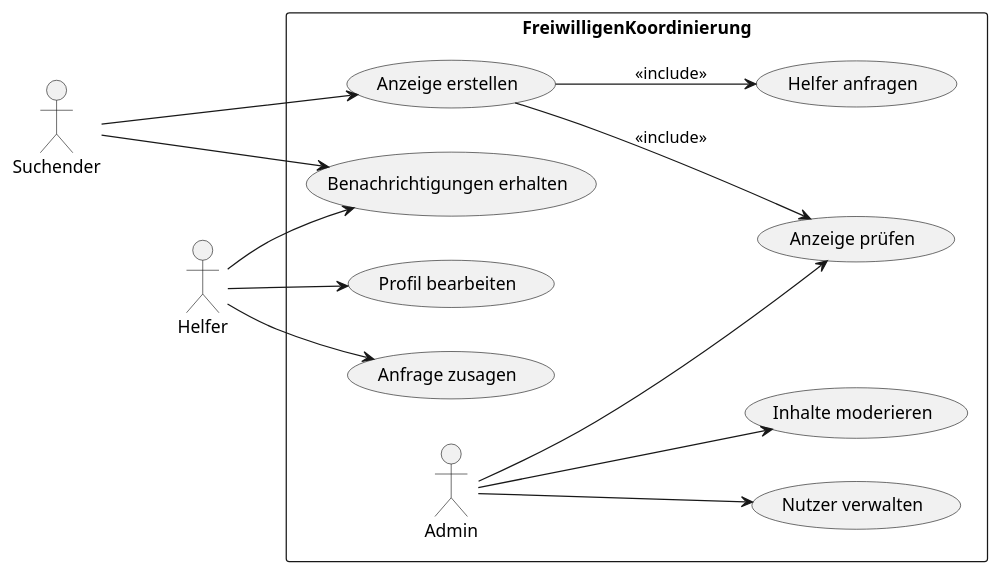
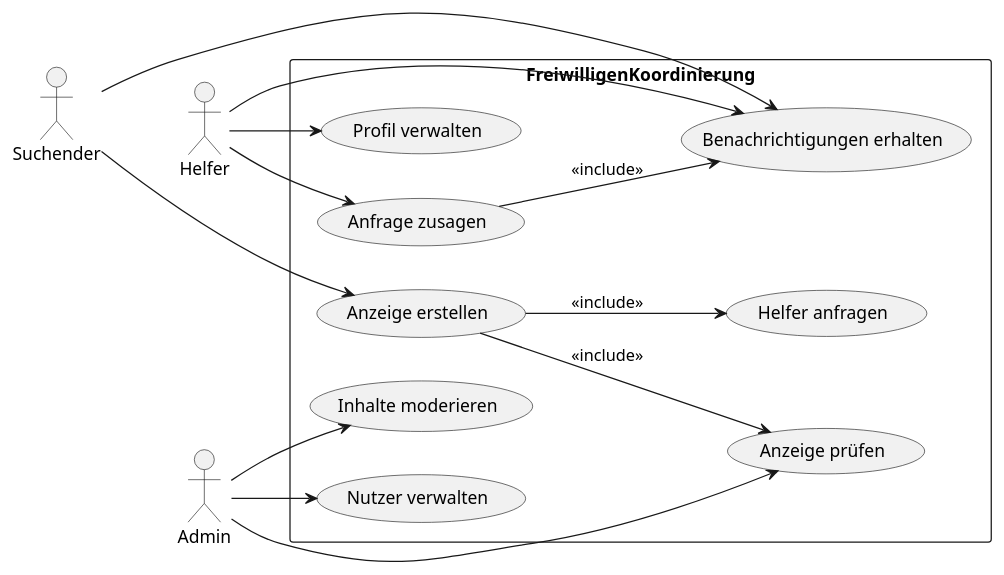
One commit to pxrzivaldev/TeamProjektUML changed the diagram in usecase1.puml. Above: the diagram before and after it, drawn with PlantUML.

```diff
--- a/usecase1.puml
+++ b/usecase1.puml
@@ -1,24 +1,27 @@
 @startuml
 :Suchender:
 :Helfer:
+:Admin:
 
 left to right direction
 
 rectangle FreiwilligenKoordinierung {
     Suchender ---> (Anzeige erstellen)
     Suchender ---> (Benachrichtigungen erhalten)
     Helfer --> (Benachrichtigungen erhalten)
-    Helfer --> (Profil bearbeiten)
+    Helfer --> (Profil verwalten)
     Helfer --> (Anfrage zusagen)
+    
+    (Anfrage zusagen) --> (Benachrichtigungen erhalten) : <<include>>
     (Anzeige erstellen) --> (Helfer anfragen):<<include>>
 
     Admin --> (Anzeige prüfen)
     Admin --> (Nutzer verwalten)
     Admin --> (Inhalte moderieren)
 
     (Anzeige erstellen) --> (Anzeige prüfen) : <<include>>
 }
 
 
 
 @enduml
```
